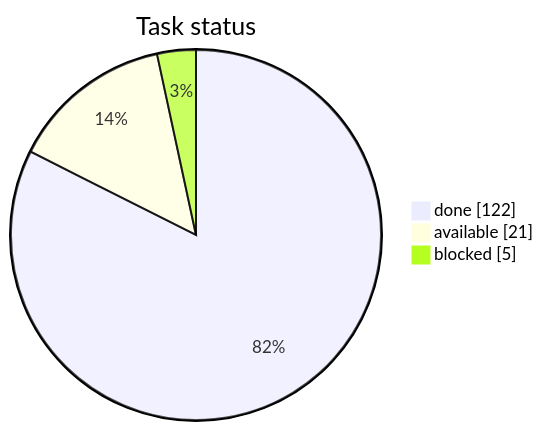
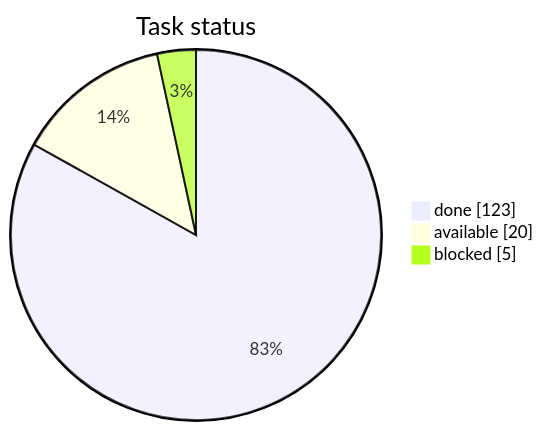
One commit to artemiiShabanov/RallyRivals changed the first of 3 diagrams in STATUS.md. Above: the diagram before and after it, drawn with Mermaid. The commit also changed other lines of this file and 1 other file, not shown here.

````diff
--- a/STATUS.md
+++ b/STATUS.md
@@ -7,7 +7,7 @@
 ```mermaid
 pie showData
     title Task status
-    "done" : 122
-    "available" : 21
+    "done" : 123
+    "available" : 20
     "blocked" : 5
 ```
````
